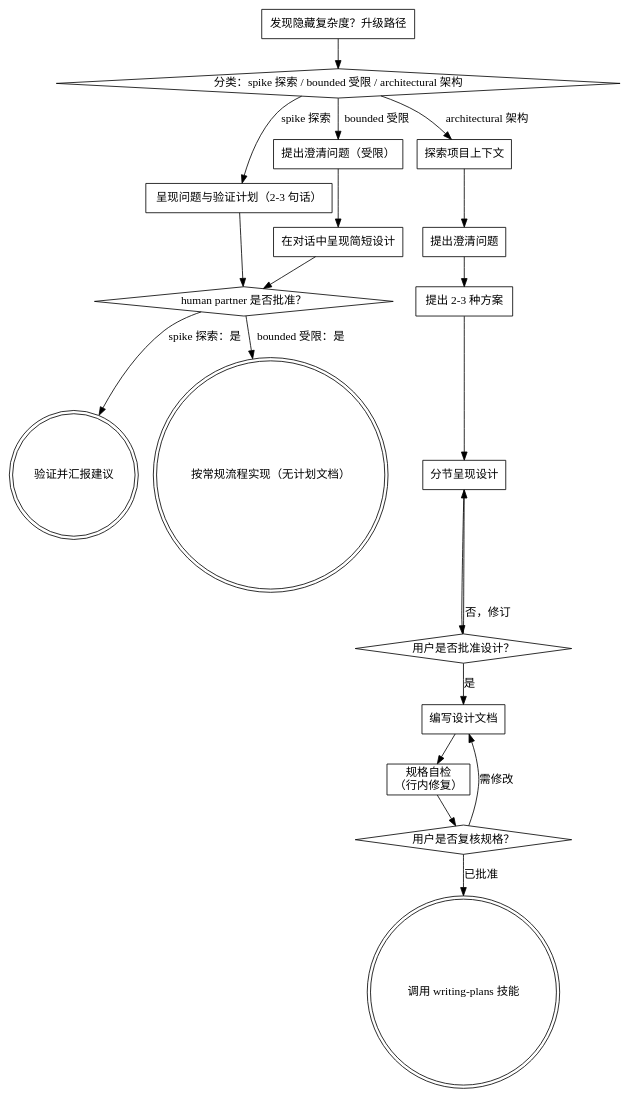
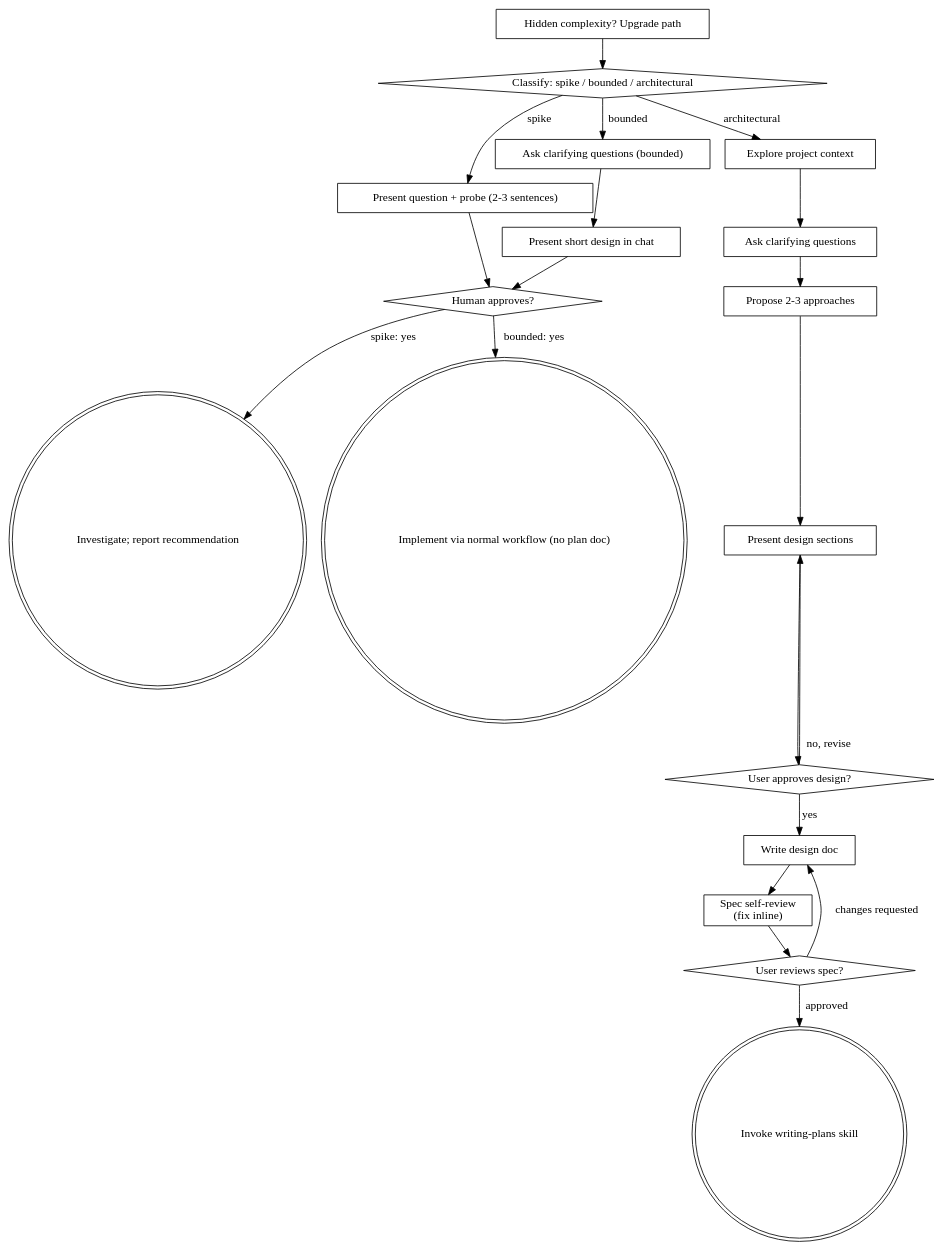
Before and after one commit to Wenaixi/dsh-superpower: the diagram in skills/brainstorming/SKILL.md, drawn with Graphviz. The commit also changed other lines of this file and 103 other files, not shown here.

````diff
--- a/skills/brainstorming/SKILL.md
+++ b/skills/brainstorming/SKILL.md
@@ -89,41 +144,41 @@
 ```dot
 digraph brainstorming {
-    "分类：spike 探索 / bounded 受限 / architectural 架构" [shape=diamond];
-    "呈现问题与验证计划（2-3 句话）" [shape=box];
-    "提出澄清问题（受限）" [shape=box];
-    "在对话中呈现简短设计" [shape=box];
-    "human partner 是否批准？" [shape=diamond];
-    "验证并汇报建议" [shape=doublecircle];
-    "按常规流程实现（无计划文档）" [shape=doublecircle];
-    "探索项目上下文" [shape=box];
-    "提出澄清问题" [shape=box];
-    "提出 2-3 种方案" [shape=box];
-    "分节呈现设计" [shape=box];
-    "用户是否批准设计？" [shape=diamond];
-    "编写设计文档" [shape=box];
-    "规格自检\n（行内修复）" [shape=box];
-    "用户是否复核规格？" [shape=diamond];
-    "调用 writing-plans 技能" [shape=doublecircle];
-    "发现隐藏复杂度？升级路径" [shape=box];
+    "Classify: spike / bounded / architectural" [shape=diamond];
+    "Present question + probe (2-3 sentences)" [shape=box];
+    "Ask clarifying questions (bounded)" [shape=box];
+    "Present short design in chat" [shape=box];
+    "Human approves?" [shape=diamond];
+    "Investigate; report recommendation" [shape=doublecircle];
+    "Implement via normal workflow (no plan doc)" [shape=doublecircle];
+    "Explore project context" [shape=box];
+    "Ask clarifying questions" [shape=box];
+    "Propose 2-3 approaches" [shape=box];
+    "Present design sections" [shape=box];
+    "User approves design?" [shape=diamond];
+    "Write design doc" [shape=box];
+    "Spec self-review\n(fix inline)" [shape=box];
+    "User reviews spec?" [shape=diamond];
+    "Invoke writing-plans skill" [shape=doublecircle];
+    "Hidden complexity? Upgrade path" [shape=box];
 
-    "分类：spike 探索 / bounded 受限 / architectural 架构" -> "呈现问题与验证计划（2-3 句话）" [label="spike 探索"];
-    "分类：spike 探索 / bounded 受限 / architectural 架构" -> "提出澄清问题（受限）" [label="bounded 受限"];
-    "分类：spike 探索 / bounded 受限 / architectural 架构" -> "探索项目上下文" [label="architectural 架构"];
-    "呈现问题与验证计划（2-3 句话）" -> "human partner 是否批准？";
-    "提出澄清问题（受限）" -> "在对话中呈现简短设计";
-    "在对话中呈现简短设计" -> "human partner 是否批准？";
-    "human partner 是否批准？" -> "验证并汇报建议" [label="spike 探索：是"];
-    "human partner 是否批准？" -> "按常规流程实现（无计划文档）" [label="bounded 受限：是"];
-    "发现隐藏复杂度？升级路径" -> "分类：spike 探索 / bounded 受限 / architectural 架构";
-    "探索项目上下文" -> "提出澄清问题";
-    "提出澄清问题" -> "提出 2-3 种方案";
-    "提出 2-3 种方案" -> "分节呈现设计";
-    "分节呈现设计" -> "用户是否批准设计？";
-    "用户是否批准设计？" -> "分节呈现设计" [label="否，修订"];
-    "用户是否批准设计？" -> "编写设计文档" [label="是"];
-    "编写设计文档" -> "规格自检\n（行内修复）";
-    "规格自检\n（行内修复）" -> "用户是否复核规格？";
-    "用户是否复核规格？" -> "编写设计文档" [label="需修改"];
-    "用户是否复核规格？" -> "调用 writing-plans 技能" [label="已批准"];
+    "Classify: spike / bounded / architectural" -> "Present question + probe (2-3 sentences)" [label="spike"];
+    "Classify: spike / bounded / architectural" -> "Ask clarifying questions (bounded)" [label="bounded"];
+    "Classify: spike / bounded / architectural" -> "Explore project context" [label="architectural"];
+    "Present question + probe (2-3 sentences)" -> "Human approves?";
+    "Ask clarifying questions (bounded)" -> "Present short design in chat";
+    "Present short design in chat" -> "Human approves?";
+    "Human approves?" -> "Investigate; report recommendation" [label="spike: yes"];
+    "Human approves?" -> "Implement via normal workflow (no plan doc)" [label="bounded: yes"];
+    "Hidden complexity? Upgrade path" -> "Classify: spike / bounded / architectural";
+    "Explore project context" -> "Ask clarifying questions";
+    "Ask clarifying questions" -> "Propose 2-3 approaches";
+    "Propose 2-3 approaches" -> "Present design sections";
+    "Present design sections" -> "User approves design?";
+    "User approves design?" -> "Present design sections" [label="no, revise"];
+    "User approves design?" -> "Write design doc" [label="yes"];
+    "Write design doc" -> "Spec self-review\n(fix inline)";
+    "Spec self-review\n(fix inline)" -> "User reviews spec?";
+    "User reviews spec?" -> "Write design doc" [label="changes requested"];
+    "User reviews spec?" -> "Invoke writing-plans skill" [label="approved"];
 }
 ```
````
